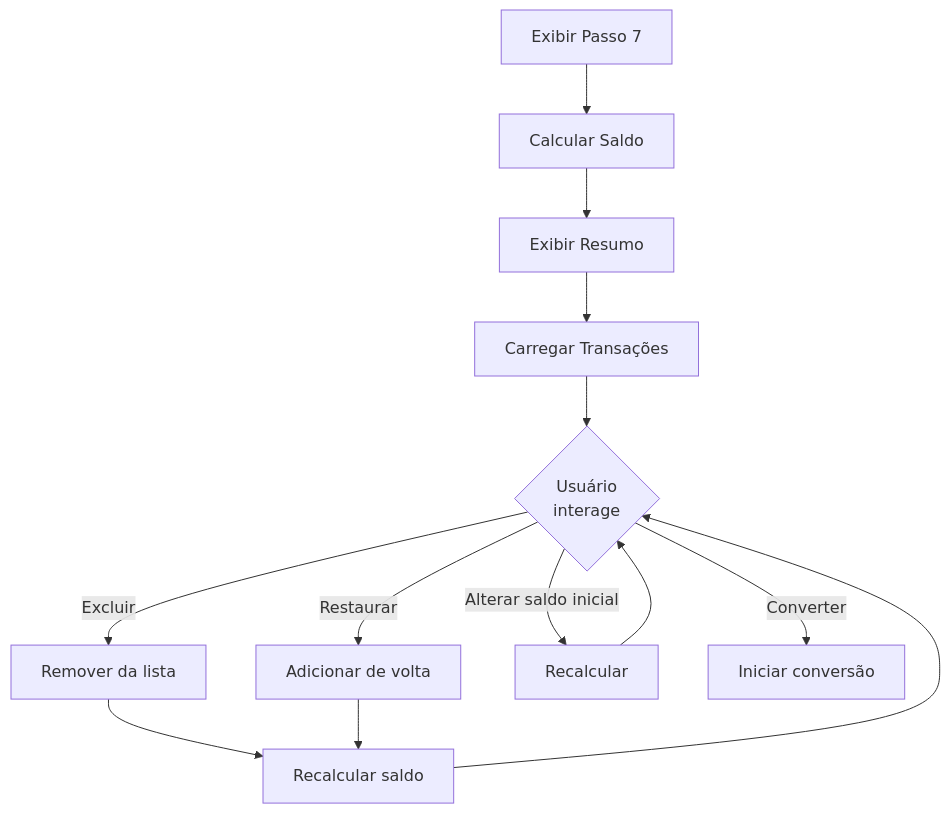
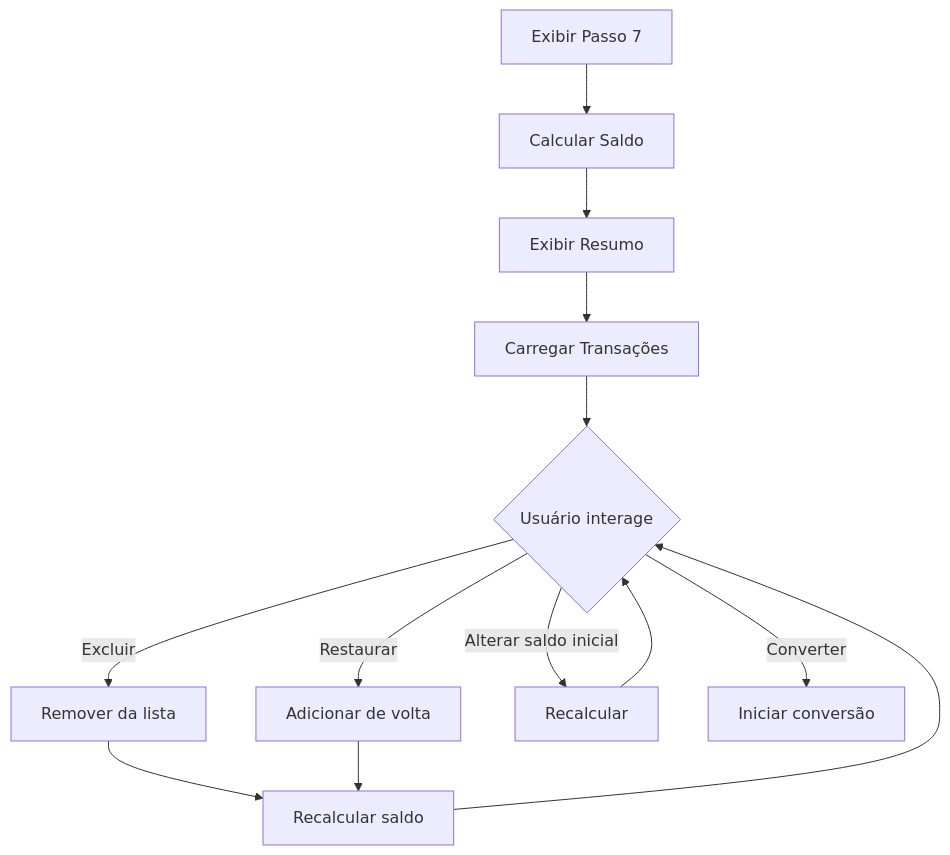
The second of 2 diagrams in docs/pt-BR/classes/WizardSteps.md (andrebarsotti/csv-to-ofx-converter), drawn with Mermaid before and after one commit. The commit also changed 13 other files, not shown here.

Commit message:
fix: Remove unsupported br tags from Mermaid diagrams for GitHub rendering

````diff
--- a/docs/pt-BR/classes/WizardSteps.md
+++ b/docs/pt-BR/classes/WizardSteps.md
@@ -255,19 +255,19 @@
 ```mermaid
 flowchart TD
     A[Exibir Passo 7] --> B[Calcular Saldo]
     B --> C[Exibir Resumo]
     C --> D[Carregar Transações]
-    D --> E{Usuário<br/>interage}
+    D --> E{Usuário interage}
     
     E -->|Excluir| F[Remover da lista]
     F --> G[Recalcular saldo]
     G --> E
     
     E -->|Restaurar| H[Adicionar de volta]
     H --> G
     
     E -->|Alterar saldo inicial| I[Recalcular]
     I --> E
     
     E -->|Converter| J[Iniciar conversão]
 ```
````
